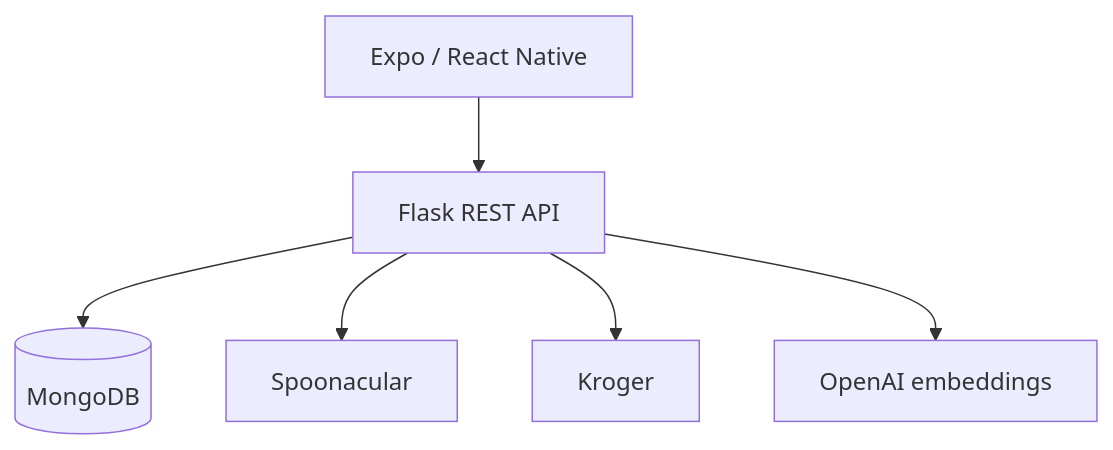
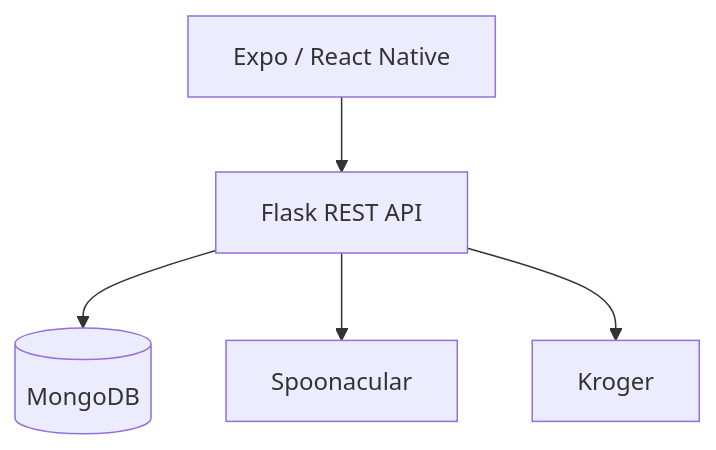
Before and after one commit to shreyakembhavi/SmartCart-Frontend: the diagram in README.md, drawn with Mermaid. The commit also changed other lines of this file, not shown here.

````diff
--- a/README.md
+++ b/README.md
@@ -23,8 +22,7 @@
 ```mermaid
 flowchart TD
     A["Expo / React Native"] --> B["Flask REST API"]
     B --> C[("MongoDB")]
     B --> D["Spoonacular"]
     B --> E["Kroger"]
-    B --> F["OpenAI embeddings"]
 ```
````
